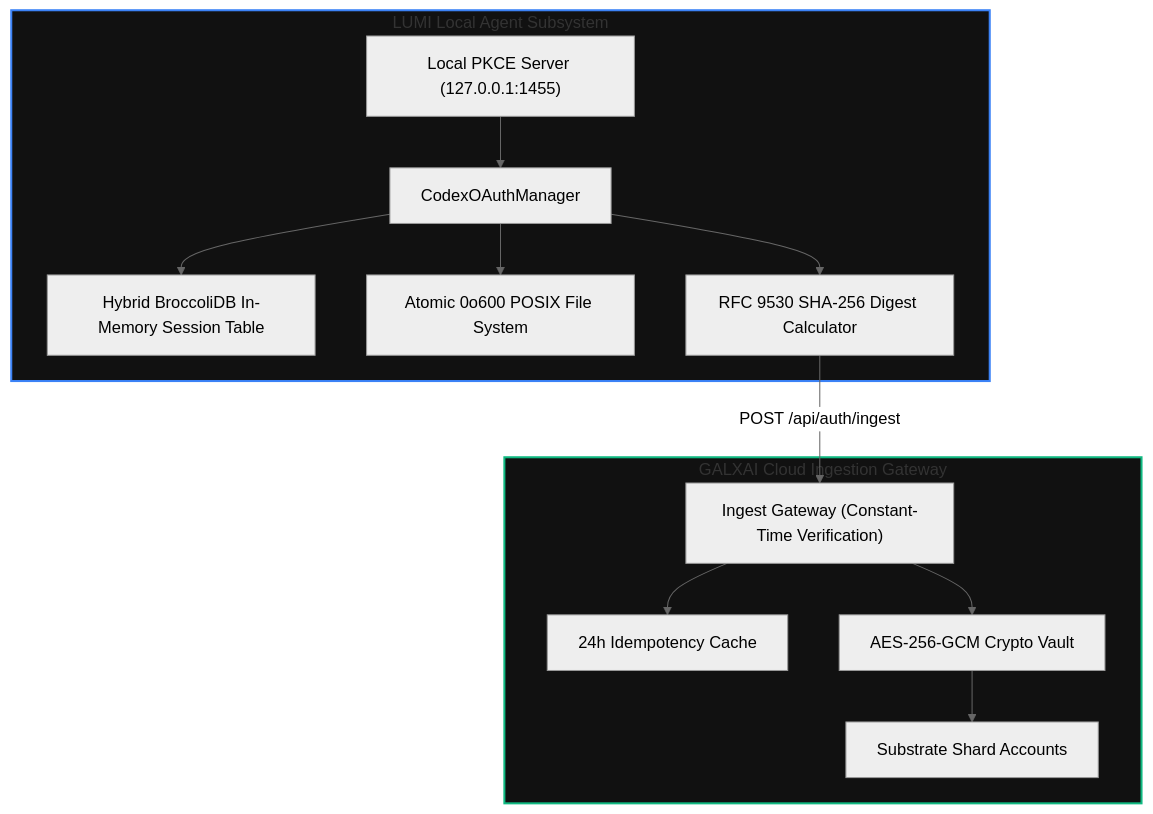
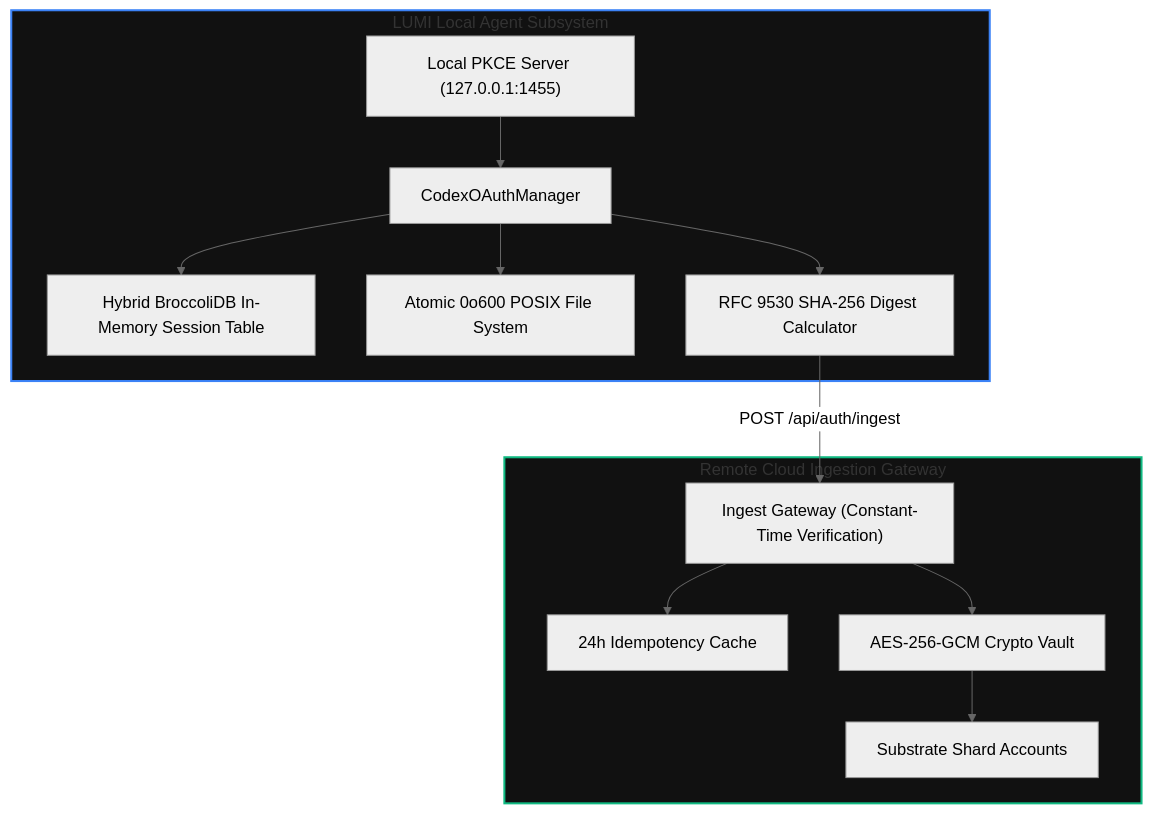
Before and after one commit to CardSorting/HEAV3NS: the diagram in .wiki/adr/ADR-137-apex-tier-cloud-ingestion-transport-and-hybrid-broccolidb-session-vault.md, drawn with Mermaid (neutral theme). The commit also changed other lines of this file and 233 other files, not shown here.

````diff
--- a/.wiki/adr/ADR-137-apex-tier-cloud-ingestion-transport-and-hybrid-broccolidb-session-vault.md
+++ b/.wiki/adr/ADR-137-apex-tier-cloud-ingestion-transport-and-hybrid-broccolidb-session-vault.md
@@ -34,19 +34,19 @@
 ```mermaid
 flowchart TD
     subgraph LUMIAgent ["LUMI Local Agent Subsystem"]
         AuthExchange["Local PKCE Server (127.0.0.1:1455)"] --> TokenManager["CodexOAuthManager"]
         TokenManager --> HybridBDB["Hybrid BroccoliDB In-Memory Session Table"]
         TokenManager --> AtomicFS["Atomic 0o600 POSIX File System"]
         TokenManager --> DigestCalc["RFC 9530 SHA-256 Digest Calculator"]
     end
 
-    subgraph GALXCloud ["GALXAI Cloud Ingestion Gateway"]
+    subgraph RemoteCloud ["Remote Cloud Ingestion Gateway"]
         DigestCalc -->|POST /api/auth/ingest| Gateway["Ingest Gateway (Constant-Time Verification)"]
         Gateway --> IdemCache["24h Idempotency Cache"]
         Gateway --> Vault["AES-256-GCM Crypto Vault"]
         Vault --> Shard["Substrate Shard Accounts"]
     end
 
     style LUMIAgent fill:#111,stroke:#3b82f6,stroke-width:2px
-    style GALXCloud fill:#111,stroke:#10b981,stroke-width:2px
+    style RemoteCloud fill:#111,stroke:#10b981,stroke-width:2px
 ```
````
